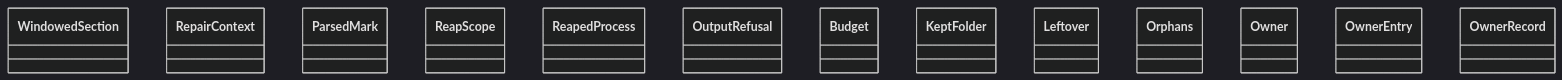
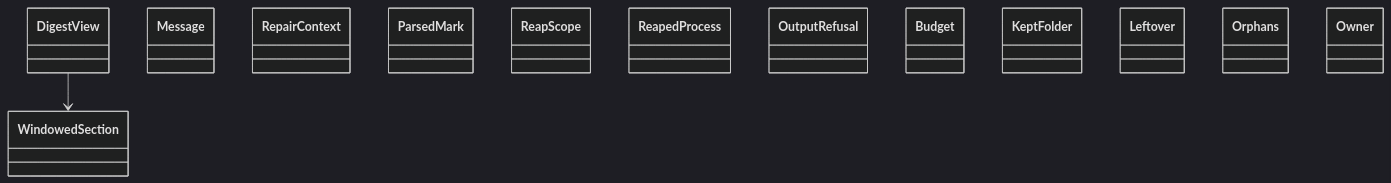
One commit to GonzaloZevallos/agentic-system changed the diagram in docs/architecture/generated/classes-process-domain-machine-3.md. Above: the diagram before and after it, drawn with Mermaid (dark theme). The commit also changed other lines of this file and 7 other files, not shown here.

Commit message:
Regenerate architecture docs for budget_round and GraphqlReading

````diff
--- a/docs/architecture/generated/classes-process-domain-machine-3.md
+++ b/docs/architecture/generated/classes-process-domain-machine-3.md
@@ -34,16 +34,17 @@
 ```mermaid
 classDiagram
+    class notify_message__DigestView["DigestView"]
+    class notify_message__Message["Message"]
     class notify_message__WindowedSection["WindowedSection"]
     class output_repair__RepairContext["RepairContext"]
     class reaping__ParsedMark["ParsedMark"]
     class reaping__ReapScope["ReapScope"]
     class reaping__ReapedProcess["ReapedProcess"]
     class refusal__OutputRefusal["OutputRefusal"]
     class retakes__Budget["Budget"]
     class scratch__KeptFolder["KeptFolder"]
     class scratch__Leftover["Leftover"]
     class scratch__Orphans["Orphans"]
     class scratch__Owner["Owner"]
-    class scratch__OwnerEntry["OwnerEntry"]
-    class scratch__OwnerRecord["OwnerRecord"]
+    notify_message__DigestView --> notify_message__WindowedSection
 ```
````
